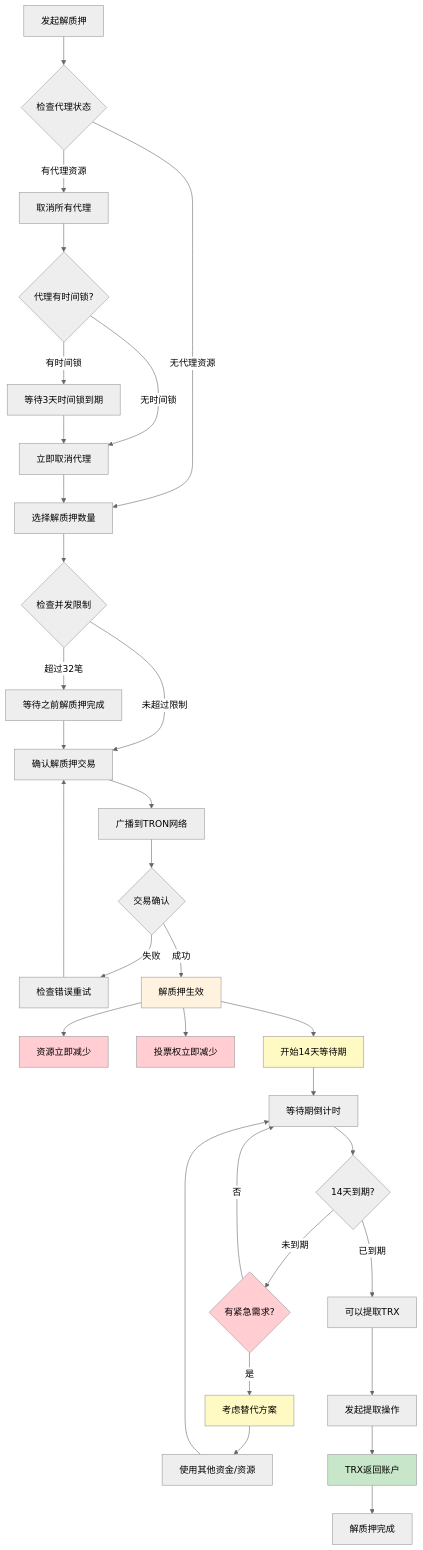
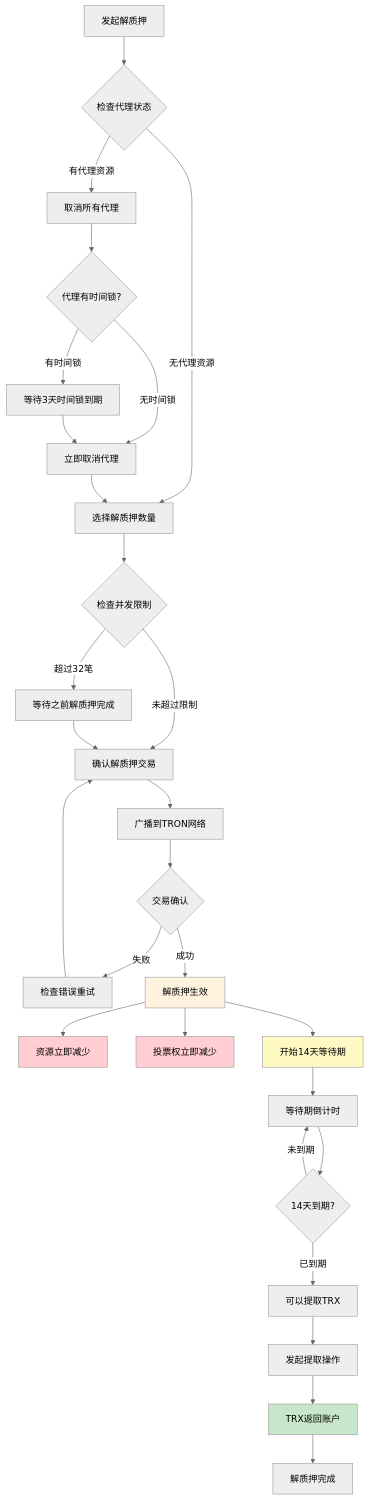
Before and after one commit to lyfe2025/tron-energy-rental: the fourth of 4 diagrams in docs/TODO/TRON质押机制详细文档.md, drawn with Mermaid (neutral theme). The commit also changed other lines of this file and 37 other files, not shown here.

````diff
--- a/docs/TODO/TRON质押机制详细文档.md
+++ b/docs/TODO/TRON质押机制详细文档.md
@@ -682,49 +367,42 @@
 ```mermaid
 flowchart TD
     A[发起解质押] --> B{检查代理状态}
     B -->|有代理资源| C[取消所有代理]
     B -->|无代理资源| D[选择解质押数量]
     
     C --> C1{代理有时间锁?}
     C1 -->|有时间锁| C2[等待3天时间锁到期]
     C1 -->|无时间锁| C3[立即取消代理]
     C2 --> C3
     C3 --> D
     
     D --> E{检查并发限制}
     E -->|超过32笔| F[等待之前解质押完成]
     E -->|未超过限制| G[确认解质押交易]
     F --> G
     
     G --> H[广播到TRON网络]
     H --> I{交易确认}
     I -->|失败| J[检查错误重试]
     I -->|成功| K[解质押生效]
     J --> G
     
     K --> L[资源立即减少]
     K --> M[投票权立即减少]
     K --> N[开始14天等待期]
     
     N --> O[等待期倒计时]
     O --> P{14天到期?}
-    P -->|未到期| Q{有紧急需求?}
-    Q -->|是| R[考虑替代方案]
-    Q -->|否| O
-    R --> S[使用其他资金/资源]
-    S --> O
-    
+    P -->|未到期| O
     P -->|已到期| T[可以提取TRX]
     
     T --> U[发起提取操作]
     U --> V[TRX返回账户]
     V --> W[解质押完成]
     
     style K fill:#fff3e0
     style L fill:#ffcdd2
     style M fill:#ffcdd2
     style N fill:#fff9c4
-    style Q fill:#ffcdd2
-    style R fill:#fff9c4
     style V fill:#c8e6c9
 ```
````
